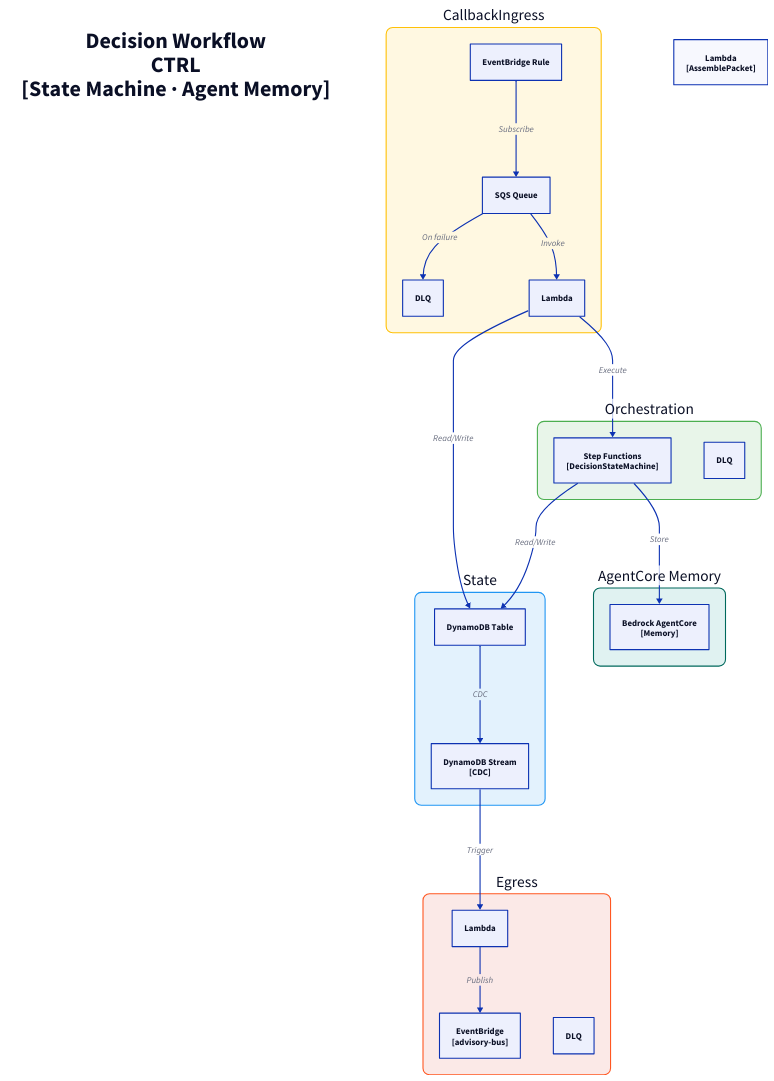
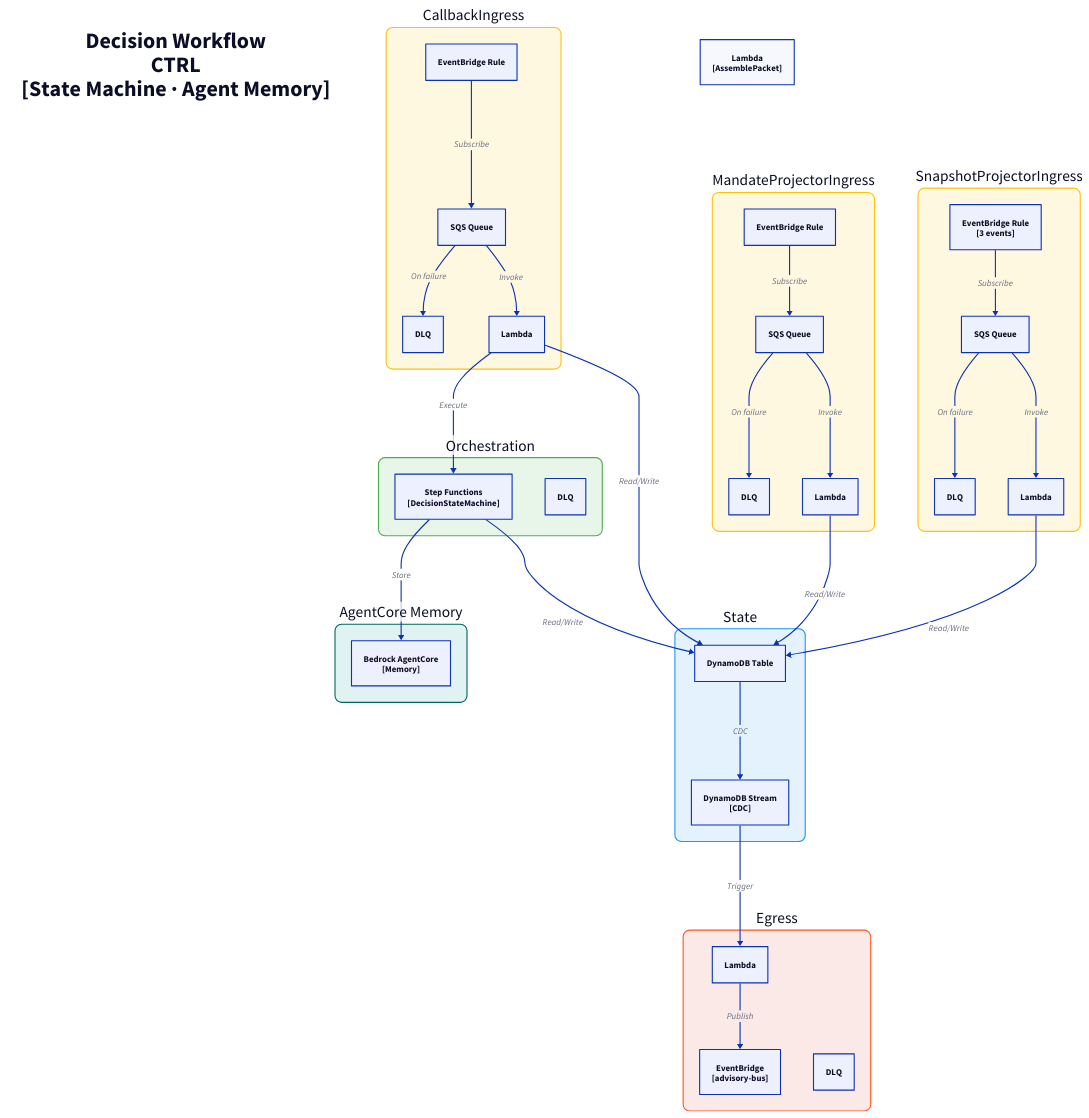
The diagram in docs/architecture/c3/decision-workflow-ctrl.d2 (fabio-vitali/nestfolio), drawn with D2 before and after one commit. The commit also changed 15 other files, not shown here.

First line of the commit message:
docs(architecture): regen advisory-cycle flow + C4 diagrams post-precomputation

```diff
--- a/docs/architecture/c3/decision-workflow-ctrl.d2
+++ b/docs/architecture/c3/decision-workflow-ctrl.d2
@@ -1,53 +1,79 @@
 direction: down
 
 title: "Decision Workflow\nCTRL\n[State Machine · Agent Memory]" {
   style: { font-size: 40; bold: true; fill: transparent; stroke: transparent }
 }
 
-ingress: "CallbackIngress" {
+callback-ingress: "CallbackIngress" {
   style: { fill: "#FFF8E1"; stroke: "#FFC107"; border-radius: 12; font-size: 28 }
   rule: "EventBridge Rule" { class: aws-eventbridge }
+  sqs: "SQS Queue" { class: aws-sqs }
+  dlq: "DLQ" { class: aws-dlq }
+  handler: "Lambda" { class: aws-lambda }
+
+  rule -> sqs: Subscribe
+  sqs -> handler: Invoke
+  sqs -> dlq: On failure
+}
+
+mandate-projector-ingress: "MandateProjectorIngress" {
+  style: { fill: "#FFF8E1"; stroke: "#FFC107"; border-radius: 12; font-size: 28 }
+  rule: "EventBridge Rule" { class: aws-eventbridge }
+  sqs: "SQS Queue" { class: aws-sqs }
+  dlq: "DLQ" { class: aws-dlq }
+  handler: "Lambda" { class: aws-lambda }
+
+  rule -> sqs: Subscribe
+  sqs -> handler: Invoke
+  sqs -> dlq: On failure
+}
+
+snapshot-projector-ingress: "SnapshotProjectorIngress" {
+  style: { fill: "#FFF8E1"; stroke: "#FFC107"; border-radius: 12; font-size: 28 }
+  rule: "EventBridge Rule\n[3 events]" { class: aws-eventbridge }
   sqs: "SQS Queue" { class: aws-sqs }
   dlq: "DLQ" { class: aws-dlq }
   handler: "Lambda" { class: aws-lambda }
 
   rule -> sqs: Subscribe
   sqs -> handler: Invoke
   sqs -> dlq: On failure
 }
 
 state: "State" {
   style: { fill: "#E3F2FD"; stroke: "#2196F3"; border-radius: 12; font-size: 28 }
   table: "DynamoDB Table" { class: aws-dynamodb }
   stream: "DynamoDB Stream\n[CDC]" { class: aws-ddb-stream }
   table -> stream: CDC
 }
 
 egress: "Egress" {
   style: { fill: "#FBE9E7"; stroke: "#FF5722"; border-radius: 12; font-size: 28 }
   processor: "Lambda" { class: aws-lambda }
   bus: "EventBridge\n[advisory-bus]" { class: aws-eventbridge }
   dlq: "DLQ" { class: aws-dlq }
 
   processor -> bus: Publish
 }
 
 decision-state-machine: "Orchestration" {
   style: { fill: "#E8F5E9"; stroke: "#4CAF50"; border-radius: 12; font-size: 28 }
   state-machine: "Step Functions\n[DecisionStateMachine]" { class: aws-stepfunctions }
   dlq: "DLQ" { class: aws-dlq }
 }
 
 agent-memory: "AgentCore Memory" {
   style: { fill: "#E0F2F1"; stroke: "#00695C"; border-radius: 12; font-size: 28 }
   memory: "Bedrock AgentCore\n[Memory]" { class: aws-bedrock }
 }
 
 assemble-packet: "Lambda\n[AssemblePacket]" { class: aws-lambda }
 
 # Flows
-ingress.handler -> state.table: Read/Write
+callback-ingress.handler -> state.table: Read/Write
+mandate-projector-ingress.handler -> state.table: Read/Write
+snapshot-projector-ingress.handler -> state.table: Read/Write
 state.stream -> egress.processor: Trigger
-ingress.handler -> decision-state-machine.state-machine: Execute
+callback-ingress.handler -> decision-state-machine.state-machine: Execute
 decision-state-machine.state-machine -> state.table: Read/Write
 decision-state-machine.state-machine -> agent-memory.memory: Store
```
